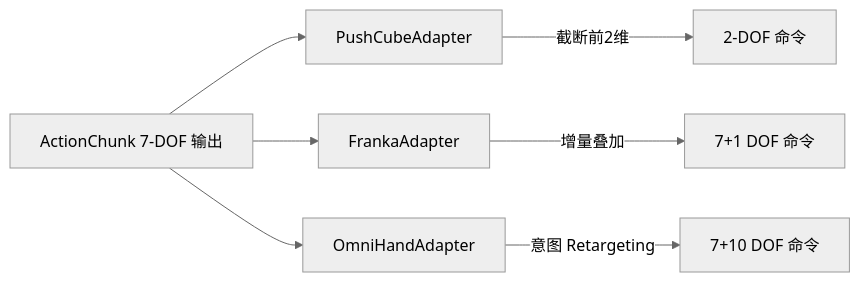
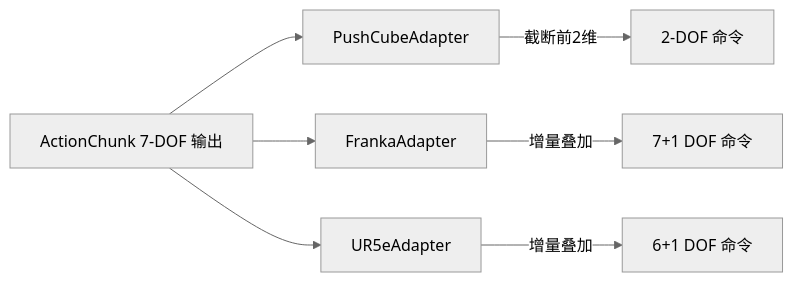
Before and after one commit to Dld0621/Embodied-AI-Zero-to-Hero: the fourth of 5 diagrams in docs/25-cross-embodiment-adaptation.md, drawn with Mermaid (neutral theme). The commit also changed other lines of this file and 29 other files, not shown here.

````diff
--- a/docs/25-cross-embodiment-adaptation.md
+++ b/docs/25-cross-embodiment-adaptation.md
@@ -316,9 +317,9 @@
 ```mermaid
 graph LR
     AC[ActionChunk 7-DOF 输出] --> PA[PushCubeAdapter]
     AC --> FA[FrankaAdapter]
-    AC --> OA[OmniHandAdapter]
+    AC --> UA[UR5eAdapter]
     PA -->|截断前2维| P2[2-DOF 命令]
     FA -->|增量叠加| P7[7+1 DOF 命令]
-    OA -->|意图 Retargeting| P17[7+10 DOF 命令]
+    UA -->|增量叠加| P6[6+1 DOF 命令]
 ```
````
